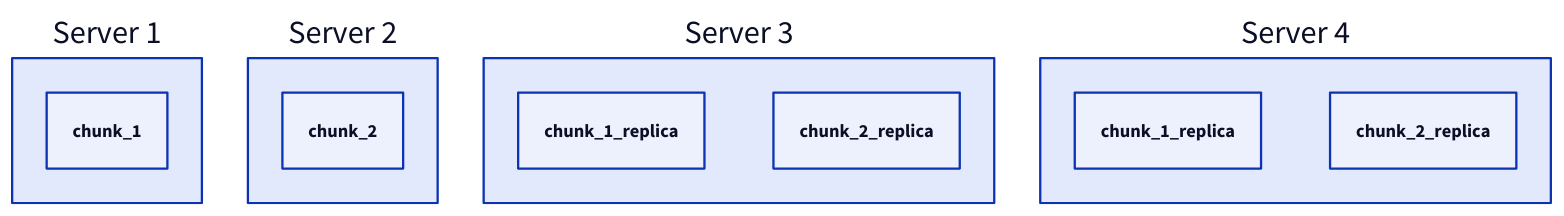
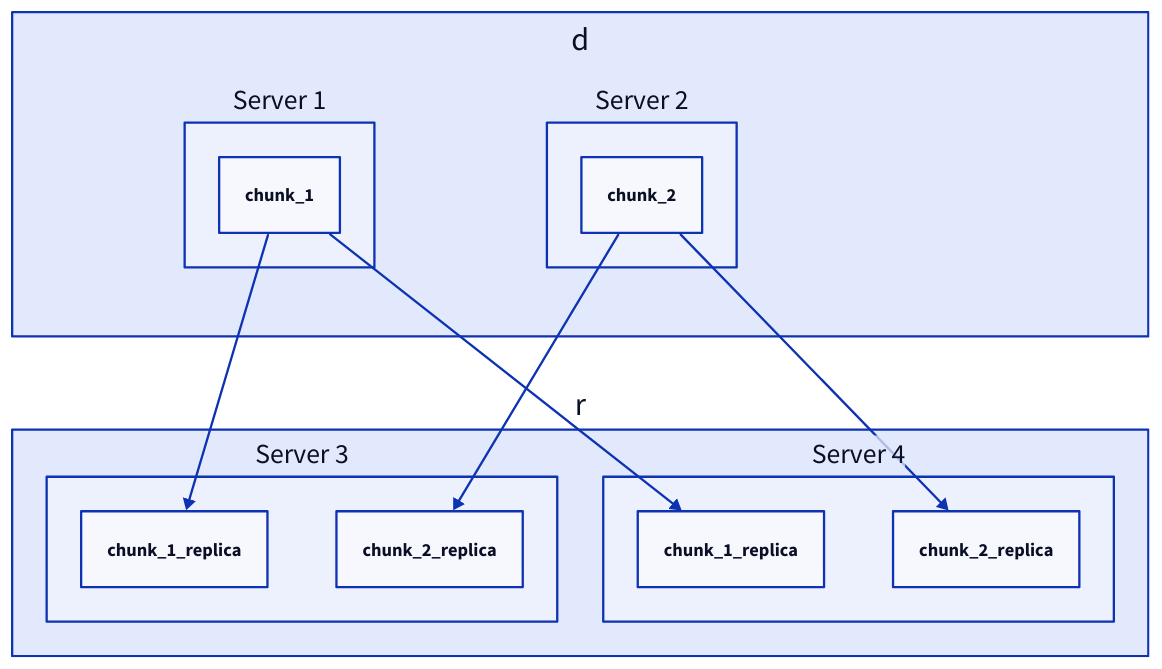
Before and after one commit to link1905/system-design-101: diagram 14 of 19 in content/docs/data-persistence/media-storage.md, drawn with D2. The commit also changed other lines of this file and 40 other files, not shown here.

````diff
--- a/content/docs/data-persistence/media-storage.md
+++ b/content/docs/data-persistence/media-storage.md
@@ -344,12 +384,25 @@
 ```d2
-s1: Server 1 { c1: "chunk_1" { class: file } }
-s2: Server 2 { c1: "chunk_2" { class: file } }
-s3: Server 3 {
-  c1: "chunk_1_replica" { class: file }
-  c2: "chunk_2_replica" { class: file }
+grid-rows: 2
+d: {
+  class: none
+  grid-rows: 1
+  horizontal-gap: 150
+  s1: Server 1 { c1: "chunk_1" { class: file } }
+  s2: Server 2 { c1: "chunk_2" { class: file } }
 }
-s4: Server 4 {
-  c1: "chunk_1_replica" { class: file }
-  c2: "chunk_2_replica" { class: file }
+r: {
+  class: none
+  s3: Server 3 {
+    c1: "chunk_1_replica" { class: file }
+    c2: "chunk_2_replica" { class: file }
+  }
+  s4: Server 4 {
+    c1: "chunk_1_replica" { class: file }
+    c2: "chunk_2_replica" { class: file }
+  }
 }
+d.s1.c1 -> r.s3.c1
+d.s1.c1 -> r.s4.c1
+d.s2.c1 -> r.s3.c2
+d.s2.c1 -> r.s4.c2
 ```
````
